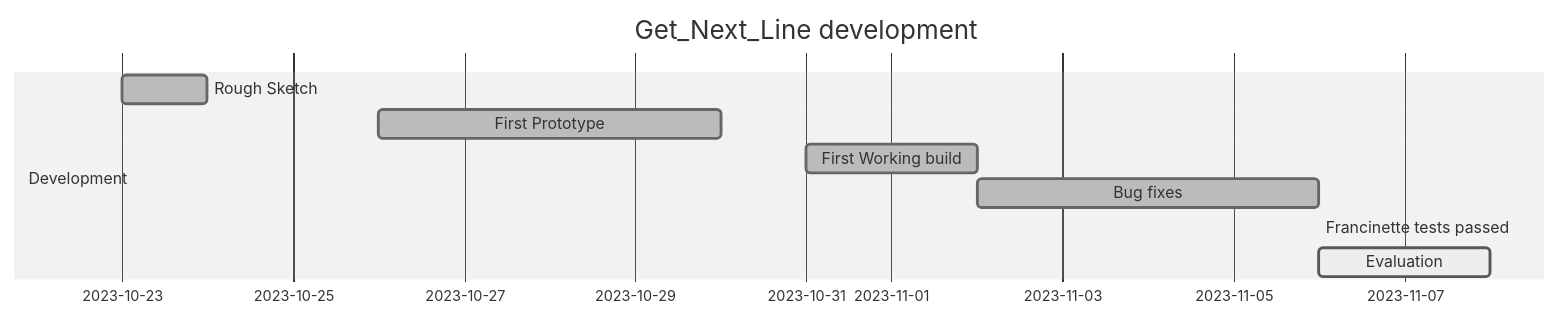
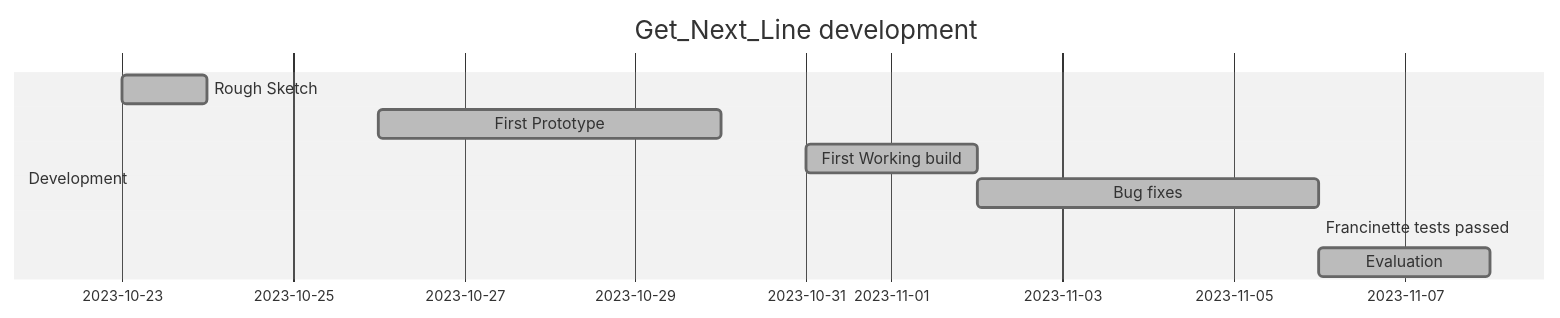
Before and after one commit to mota494/42_get_next_line: the diagram in README.md, drawn with Mermaid (neutral theme). The commit also changed other lines of this file, not shown here.

````diff
--- a/README.md
+++ b/README.md
@@ -18,13 +17,13 @@
 ```mermaid
 gantt
 dateFormat DD-MM-YYYY
 title Get_Next_Line development
 
 section Development
 Rough Sketch            :done,    des1, 23-10-2023,24-10-2023
 First Prototype         :done,    des2, 26-10-2023,30-10-2023
 First Working build     :done,    des3, 31-10-2023,02-11-2023
 Bug fixes               :done,    des4, 02-11-2023,06-11-2023
 Francinette tests passed :done,   des5, 06-11-2023,06-11-2023
-Evaluation              :active,  des6, 06-11-2023, 2d
+Evaluation              :done,  des6, 06-11-2023, 2d
 ```
````
